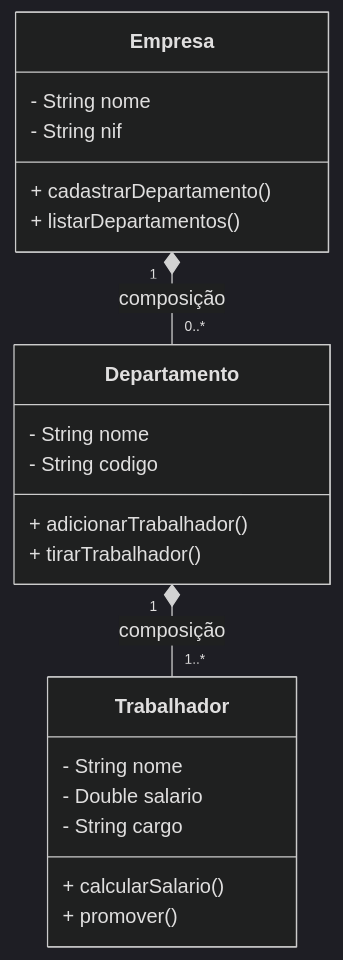
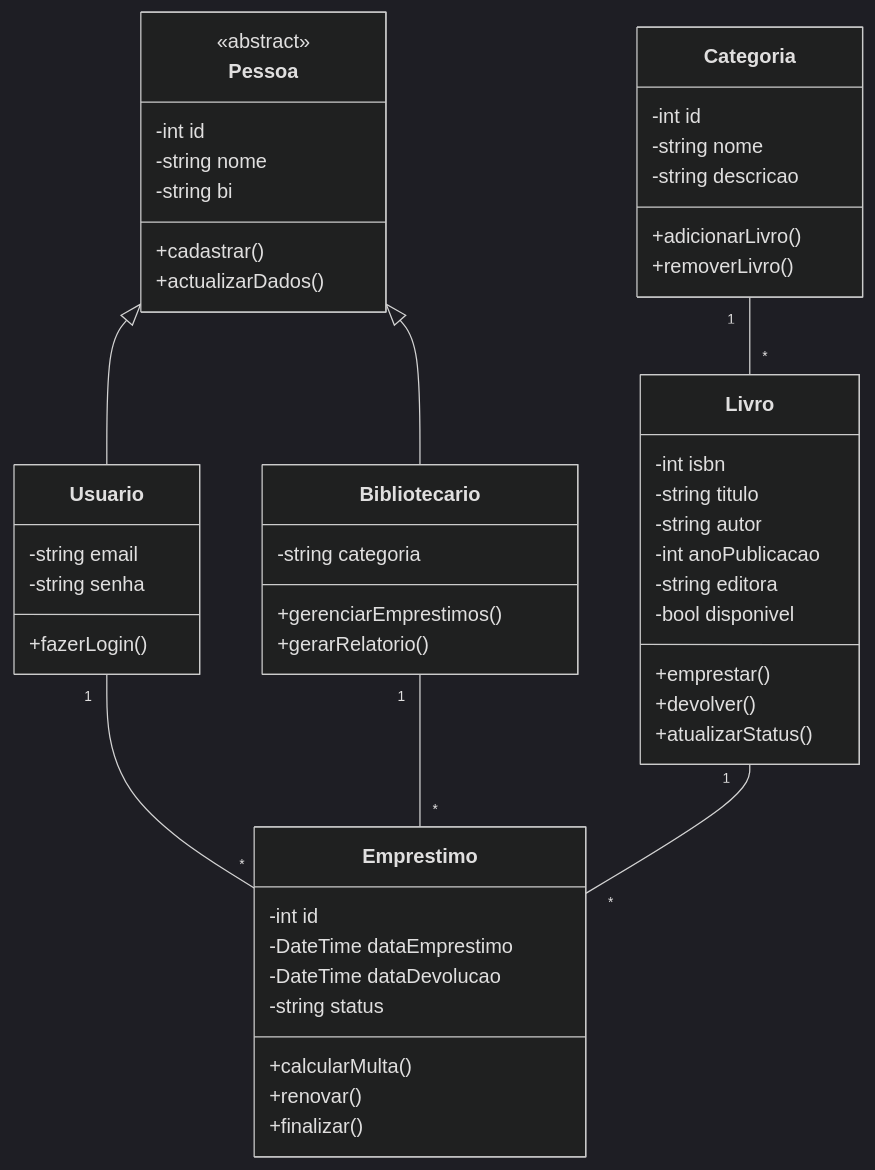
The diagram in uml/uml_diagrama_classe.md (rns-yoda/recursos_comuns), drawn with Mermaid (dark theme) before and after one commit. The commit also changed other lines of this file, not shown here.

````diff
--- a/uml/uml_diagrama_classe.md
+++ b/uml/uml_diagrama_classe.md
@@ -88,26 +1,62 @@
 ```mermaid
 classDiagram
-    class Empresa {
-        - String nome
-        - String nif
-        + cadastrarDepartamento()
-        + listarDepartamentos()
+    class Pessoa {
+        <<abstract>>
+        -int id
+        -string nome
+        -string bi
+        +cadastrar()
+        +actualizarDados() 
     }
+
+    class Usuario {
+        -string email
+        -string senha
+        +fazerLogin() 
+           }
+
+    class Livro {
+        -int isbn
+        -string titulo
+        -string autor
+        -int anoPublicacao
+        -string editora
+        -bool disponivel
+        +emprestar()
+        +devolver()
+        +atualizarStatus()
+    }
+
+    class Emprestimo {
+        -int id
+        -DateTime dataEmprestimo
+        -DateTime dataDevolucao
+        -string status
+        +calcularMulta()
+        +renovar()
+        +finalizar()
+    }
+
+    class Categoria {
+        -int id
+        -string nome
+        -string descricao
+        +adicionarLivro()
+        +removerLivro()
+    }
+
+    class Bibliotecario {
+        -string categoria
+        +gerenciarEmprestimos() 
+        +gerarRelatorio() 
+    }
+
     
-    class Departamento {
-        - String nome
-        - String codigo
-        + adicionarTrabalhador()
-        + tirarTrabalhador()
-    }
-    
-    class Trabalhador {
-        - String nome
-        - Double salario
-        - String cargo
-        + calcularSalario()
-        + promover()
-    }
-    Empresa "1" *-- "0..*" Departamento : composição
-    Departamento "1" *-- "1..*" Trabalhador : composição
+    Pessoa <|-- Usuario
+    Pessoa <|-- Bibliotecario
+    Usuario "1" -- "*" Emprestimo
+    Livro "1" -- "*" Emprestimo
+    Categoria "1" -- "*" Livro
+    Bibliotecario "1" -- "*" Emprestimo
+
 ```
````
